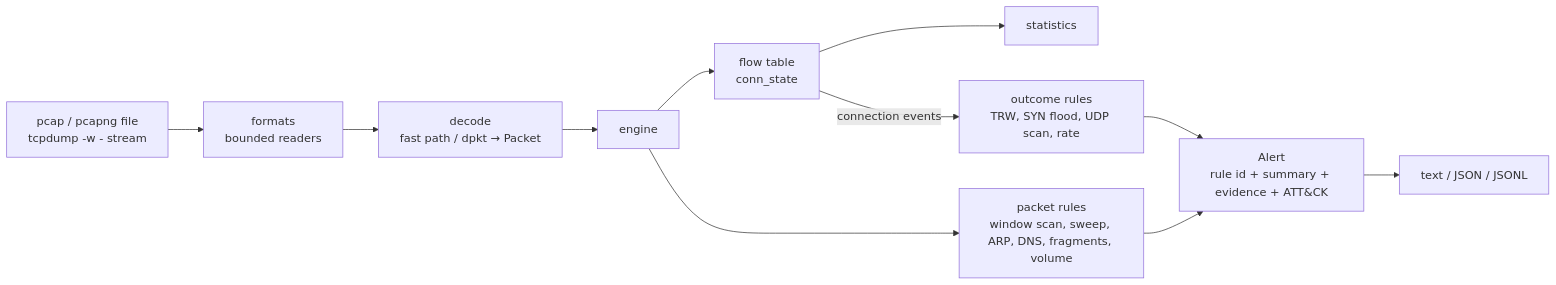
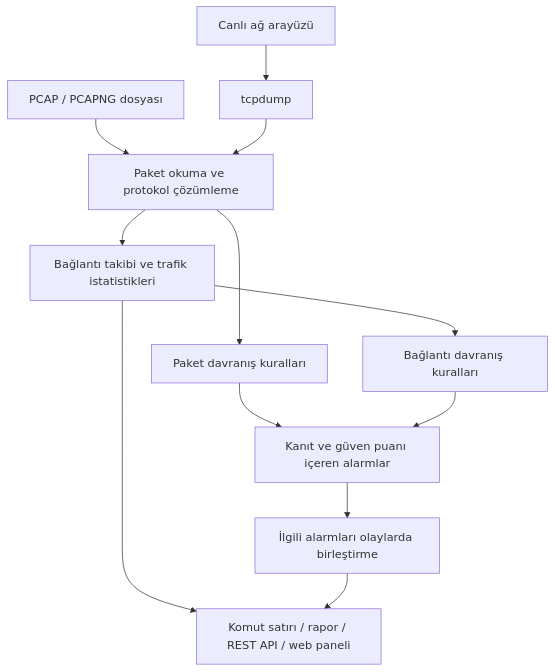
The diagram in README.md (furkan-akkaya/NetGuard), drawn with Mermaid before and after one commit. The commit also changed other lines of this file, not shown here.

````diff
--- a/README.md
+++ b/README.md
@@ -173,11 +23,13 @@
 ```mermaid
-flowchart LR
-    A[pcap / pcapng file<br/>tcpdump -w - stream] --> B[formats<br/>bounded readers]
-    B --> C[decode<br/>fast path / dpkt → Packet]
-    C --> D[engine]
-    D --> E[flow table<br/>conn_state] --> S[statistics]
-    E -- connection events --> F2[outcome rules<br/>TRW, SYN flood, UDP scan, rate]
-    D --> F1[packet rules<br/>window scan, sweep, ARP, DNS, fragments, volume]
-    F1 & F2 --> G[Alert<br/>rule id + summary + evidence + ATT&CK]
-    G --> H[text / JSON / JSONL]
+flowchart TD
+    A[PCAP / PCAPNG dosyası] --> C[Paket okuma ve protokol çözümleme]
+    B[Canlı ağ arayüzü] --> T[tcpdump] --> C
+    C --> D[Bağlantı takibi ve trafik istatistikleri]
+    C --> E[Paket davranış kuralları]
+    D --> F[Bağlantı davranış kuralları]
+    E --> G[Kanıt ve güven puanı içeren alarmlar]
+    F --> G
+    G --> H[İlgili alarmları olaylarda birleştirme]
+    D --> I[Komut satırı / rapor / REST API / web paneli]
+    H --> I
 ```
````
